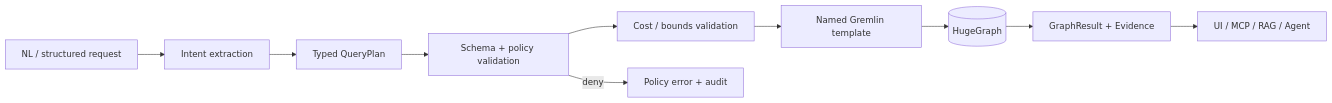
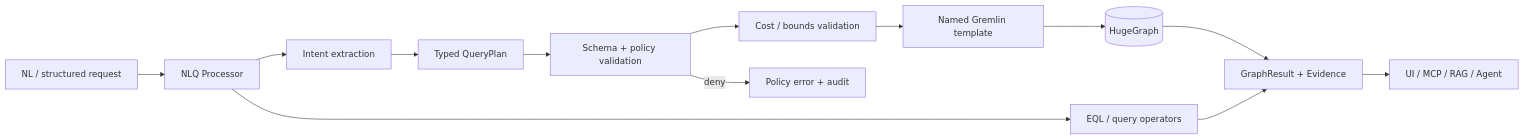
Before and after one commit to Vibe-A-Thon/EIOP: the diagram in EOIP-engg-doc-pkg/26-query-engine-implementation.md, drawn with Mermaid. The commit also changed other lines of this file and 32 other files, not shown here.

Commit message:
kgr changes and new export formats for interactive HTML and graph report implemented

````diff
--- a/EOIP-engg-doc-pkg/26-query-engine-implementation.md
+++ b/EOIP-engg-doc-pkg/26-query-engine-implementation.md
@@ -16,12 +16,15 @@
 ```mermaid
 flowchart LR
- U[NL / structured request] --> I[Intent extraction]
+ U[NL / structured request] --> N[NLQ Processor]
+ N --> O[EQL / query operators]
+ N --> I[Intent extraction]
  I --> P[Typed QueryPlan]
  P --> S[Schema + policy validation]
  S --> C[Cost / bounds validation]
  C --> G[Named Gremlin template]
  G --> H[(HugeGraph)]
  H --> E[GraphResult + Evidence]
+ O --> E
  E --> A[UI / MCP / RAG / Agent]
  S -->|deny| D[Policy error + audit]
 ```
````
